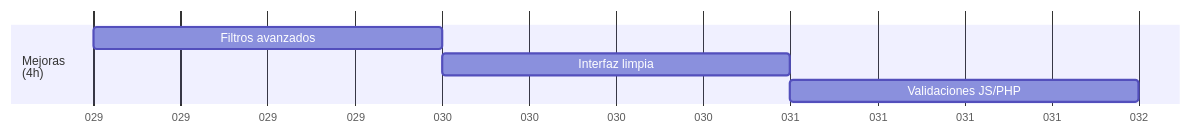
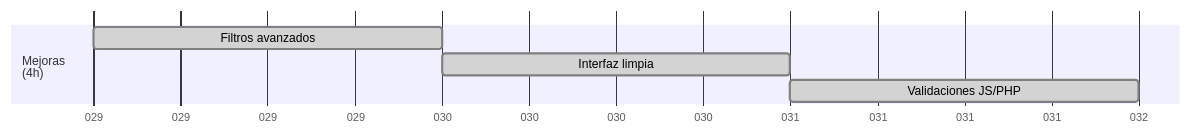
Before and after one commit to Covija97/badentracker: the seventh of 9 diagrams in .md/readme.md, drawn with Mermaid. The commit also changed other lines of this file and 1 other file, not shown here.

````diff
--- a/.md/readme.md
+++ b/.md/readme.md
@@ -113,10 +109,10 @@
 ```mermaid
 gantt
     dateFormat  DDD
     axisFormat %j
 
     section Mejoras<br>(4h)
-    Filtros avanzados           : 01-29, 1d
-    Interfaz limpia             : 01-30, 1d
-    Validaciones JS/PHP         : 01-31, 1d
+    Filtros avanzados           :done, 01-29, 1d
+    Interfaz limpia             :done, 01-30, 1d
+    Validaciones JS/PHP         :done, 01-31, 1d
 ```
````
